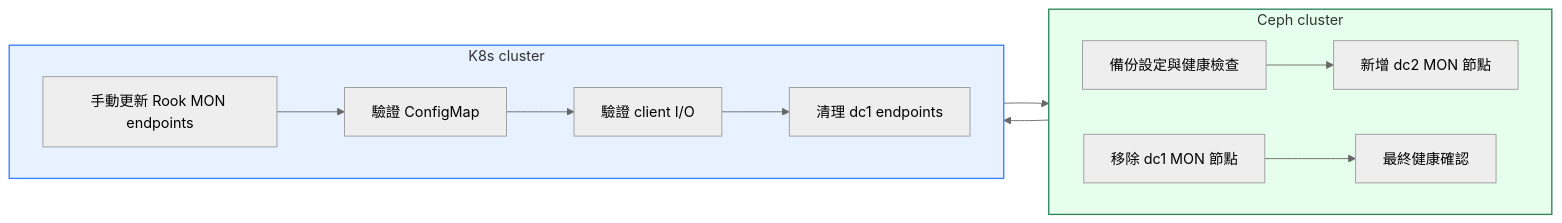
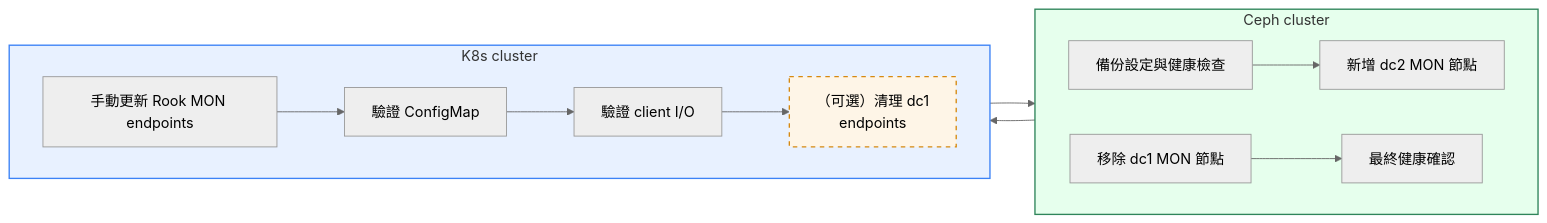
The first of 2 diagrams in storage/ceph-cross-dc-migration/detail_runbook.md (MansionLai/notebook), drawn with Mermaid (neutral theme) before and after one commit. The commit also changed other lines of this file, not shown here.

First line of the commit message:
docs: make Step 6 optional, simplify direct flow from Step 5 to Step 7

````diff
--- a/storage/ceph-cross-dc-migration/detail_runbook.md
+++ b/storage/ceph-cross-dc-migration/detail_runbook.md
@@ -17,25 +17,26 @@
 ```mermaid
 flowchart LR
     subgraph CEPH["Ceph cluster"]
         direction LR
         A[備份設定與健康檢查] --> B[新增 dc2 MON 節點]
         E[移除 dc1 MON 節點]
         F[最終健康確認]
     end
 
     subgraph K8S["K8s cluster"]
         direction LR
         C[手動更新 Rook MON endpoints] --> D[驗證 ConfigMap]
         H[驗證 client I/O]
-        G[清理 dc1 endpoints]
+        G["（可選）清理 dc1<br/>endpoints"]
     end
 
     B --> C
     D --> H
     H --> G
     G --> E
     E --> F
 
     style CEPH fill:#e6ffed,stroke:#2f855a,stroke-width:1.5px
     style K8S fill:#e8f1ff,stroke:#3b82f6,stroke-width:1.5px
+    style G fill:#fef5e7,stroke:#d68910,stroke-width:1.5px,stroke-dasharray: 5 5
 ```
````
